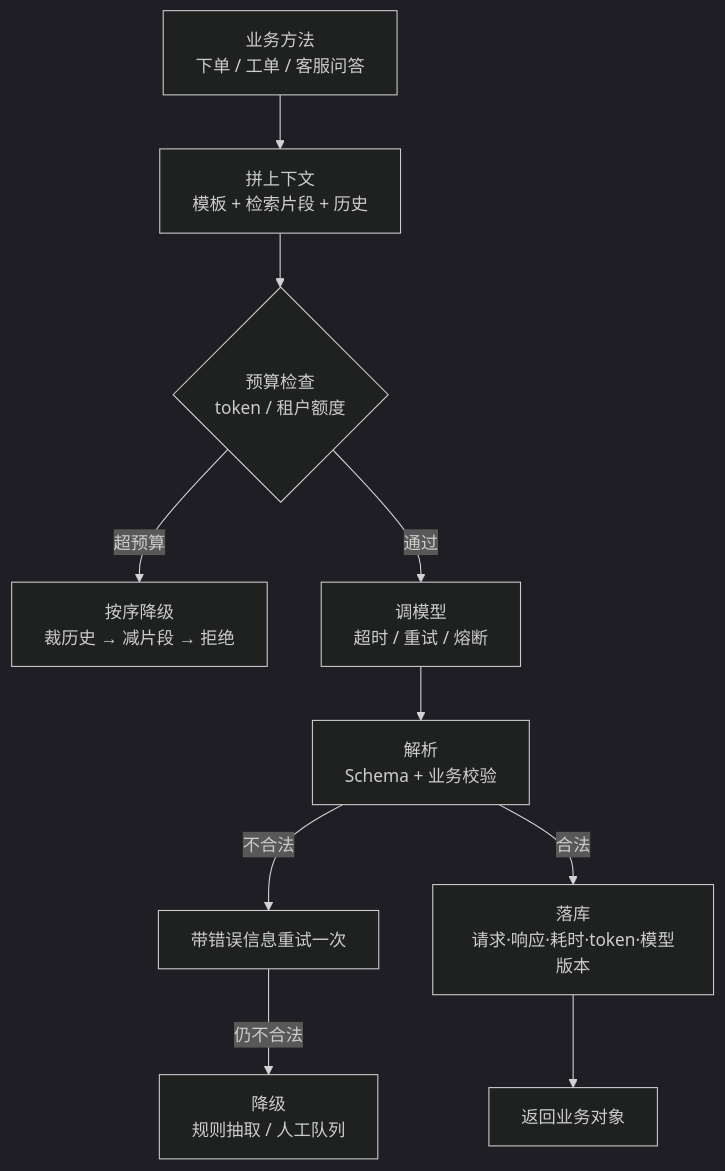
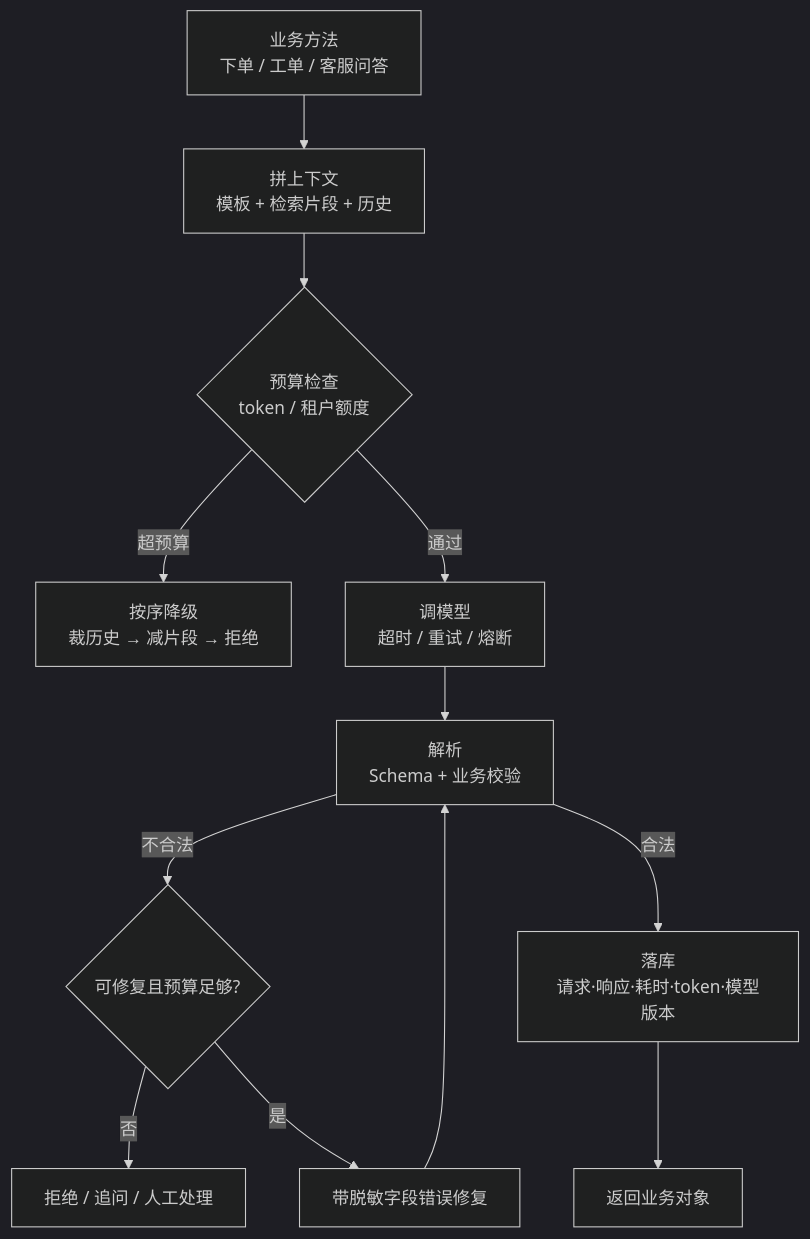
One commit to zhaoge0202/zhaoge_blog changed the second of 2 diagrams in src/ai/ai-java-integration-stack.md. Above: the diagram before and after it, drawn with Mermaid (dark theme). The commit also changed other lines of this file and 44 other files, not shown here.

````diff
--- a/src/ai/ai-java-integration-stack.md
+++ b/src/ai/ai-java-integration-stack.md
@@ -150,12 +158,14 @@
 ```mermaid
 flowchart TD
     A["业务方法<br/>下单 / 工单 / 客服问答"] --> B["拼上下文<br/>模板 + 检索片段 + 历史"]
     B --> C{"预算检查<br/>token / 租户额度"}
     C -->|超预算| C1["按序降级<br/>裁历史 → 减片段 → 拒绝"]
     C -->|通过| D["调模型<br/>超时 / 重试 / 熔断"]
     D --> E["解析<br/>Schema + 业务校验"]
-    E -->|不合法| F["带错误信息重试一次"]
-    F -->|仍不合法| G["降级<br/>规则抽取 / 人工队列"]
+    E -->|不合法| F{"可修复且预算足够?"}
+    F -->|否| G["拒绝 / 追问 / 人工处理"]
+    F -->|是| R["带脱敏字段错误修复"]
+    R --> E
     E -->|合法| H["落库<br/>请求·响应·耗时·token·模型版本"]
     H --> I["返回业务对象"]
 ```
````
